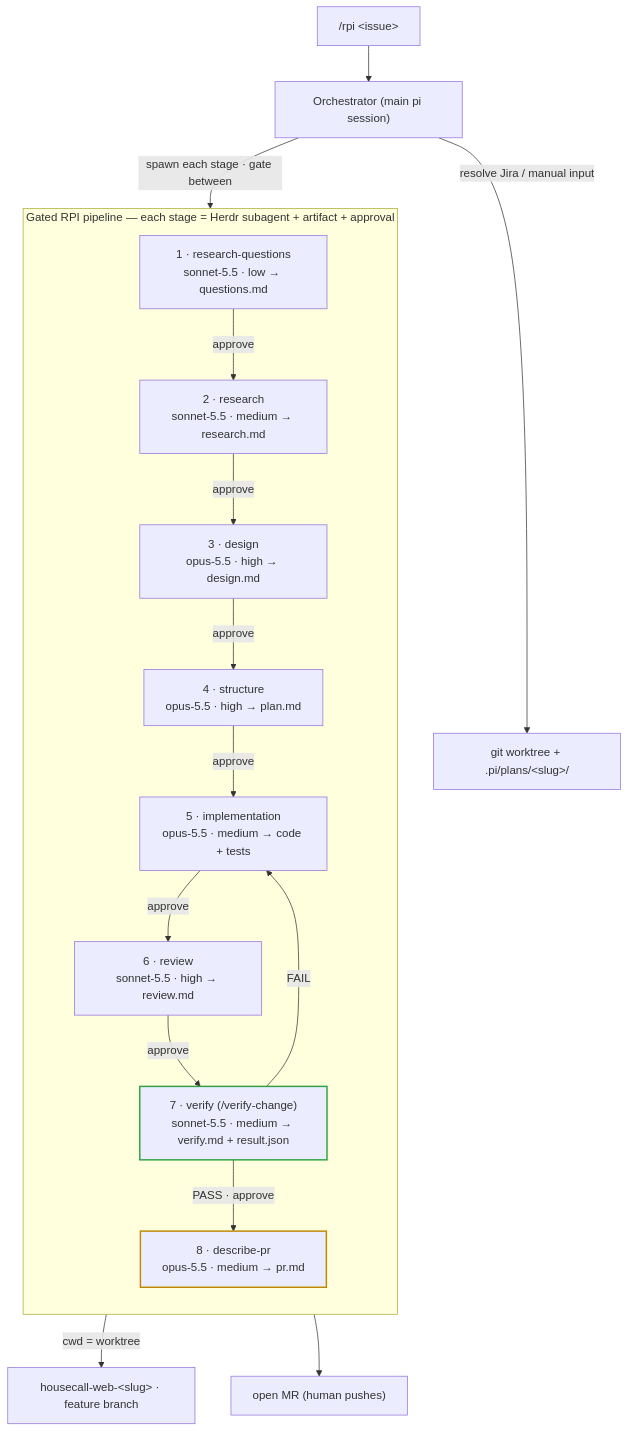
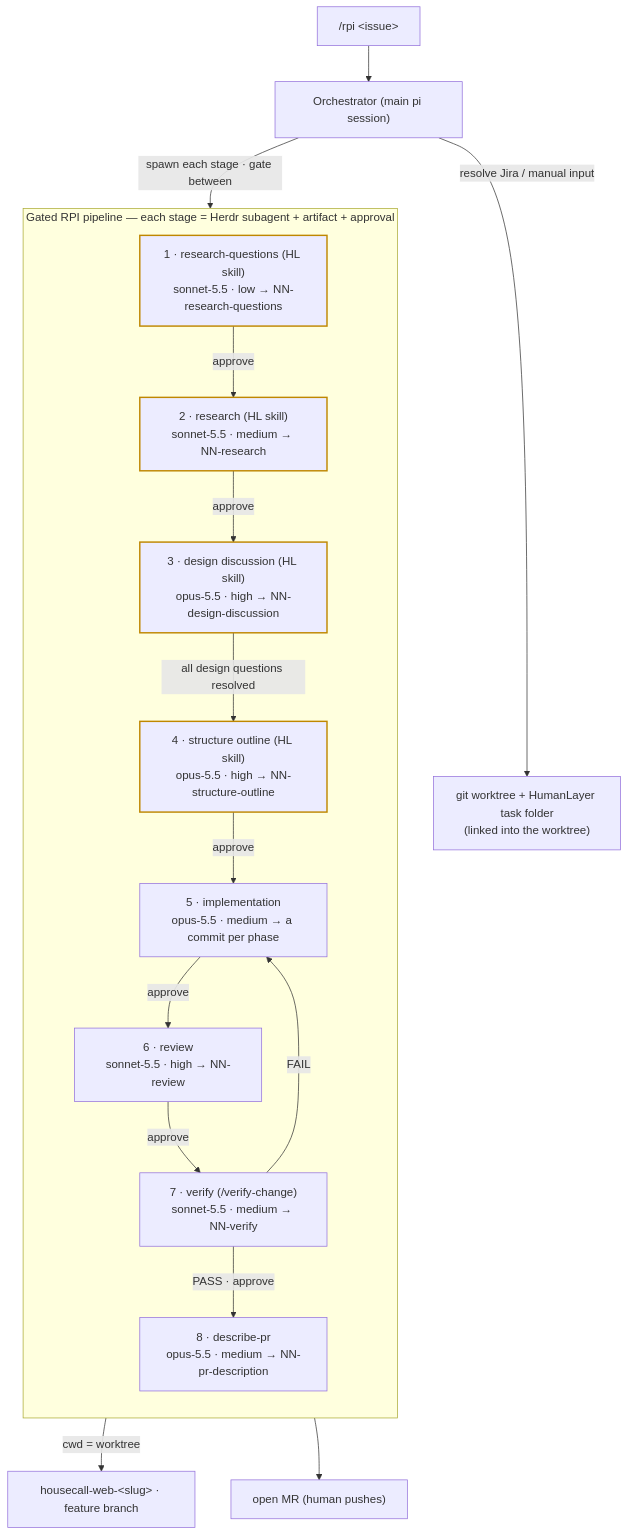
One commit to przytrzask/pi-rpi-workflow changed the diagram in README.md. Above: the diagram before and after it, drawn with Mermaid. The commit also changed other lines of this file and 14 other files, not shown here.

````diff
--- a/README.md
+++ b/README.md
@@ -11,26 +11,25 @@
 ```mermaid
 flowchart TB
     T["/rpi &lt;issue&gt;"] --> O["Orchestrator (main pi session)"]
-    O -->|"resolve Jira / manual input"| SETUP["git worktree + .pi/plans/&lt;slug&gt;/"]
+    O -->|"resolve Jira / manual input"| SETUP["git worktree + HumanLayer task folder<br/>(linked into the worktree)"]
     O -->|"spawn each stage · gate between"| S1
 
     subgraph Pipeline["Gated RPI pipeline — each stage = Herdr subagent + artifact + approval"]
         direction TB
-        S1["1 · research-questions<br/>sonnet-5.5 · low → questions.md"]
-        S2["2 · research<br/>sonnet-5.5 · medium → research.md"]
-        S3["3 · design<br/>opus-5.5 · high → design.md"]
-        S4["4 · structure<br/>opus-5.5 · high → plan.md"]
-        S5["5 · implementation<br/>opus-5.5 · medium → code + tests"]
-        S6["6 · review<br/>sonnet-5.5 · high → review.md"]
-        S7["7 · verify (/verify-change)<br/>sonnet-5.5 · medium → verify.md + result.json"]:::added
-        S8["8 · describe-pr<br/>opus-5.5 · medium → pr.md"]:::changed
-        S1 -->|"approve"| S2 -->|"approve"| S3 -->|"approve"| S4 -->|"approve"| S5 -->|"approve"| S6 -->|"approve"| S7 -->|"PASS · approve"| S8
+        S1["1 · research-questions (HL skill)<br/>sonnet-5.5 · low → NN-research-questions"]:::changed
+        S2["2 · research (HL skill)<br/>sonnet-5.5 · medium → NN-research"]:::changed
+        S3["3 · design discussion (HL skill)<br/>opus-5.5 · high → NN-design-discussion"]:::changed
+        S4["4 · structure outline (HL skill)<br/>opus-5.5 · high → NN-structure-outline"]:::changed
+        S5["5 · implementation<br/>opus-5.5 · medium → a commit per phase"]
+        S6["6 · review<br/>sonnet-5.5 · high → NN-review"]
+        S7["7 · verify (/verify-change)<br/>sonnet-5.5 · medium → NN-verify"]
+        S8["8 · describe-pr<br/>opus-5.5 · medium → NN-pr-description"]
+        S1 -->|"approve"| S2 -->|"approve"| S3 -->|"all design questions resolved"| S4 -->|"approve"| S5 -->|"approve"| S6 -->|"approve"| S7 -->|"PASS · approve"| S8
         S7 -->|"FAIL"| S5
     end
 
     S5 -->|"cwd = worktree"| WT["housecall-web-&lt;slug&gt; · feature branch"]
     S8 --> MR["open MR (human pushes)"]
 
-    classDef added stroke:#2ea043,stroke-width:2px
     classDef changed stroke:#bf8700,stroke-width:2px
 ```
````
